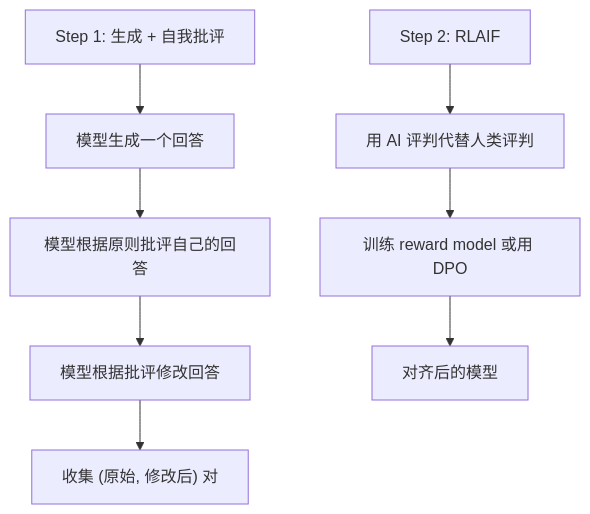
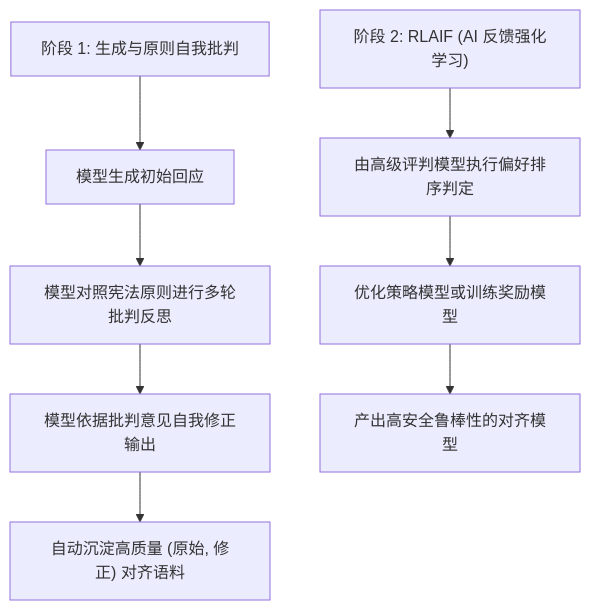
Before and after one commit to yingwang/thinking-in-llm: the third of 6 diagrams in chapters/04-alignment.md, drawn with Mermaid. The commit also changed other lines of this file and 31 other files, not shown here.

````diff
--- a/chapters/04-alignment.md
+++ b/chapters/04-alignment.md
@@ -390,11 +369,11 @@
 ```mermaid
 graph TD
-    A["Step 1: 生成 + 自我批评"] --> B["模型生成一个回答"]
-    B --> C["模型根据原则批评自己的回答"]
-    C --> D["模型根据批评修改回答"]
-    D --> E["收集 (原始, 修改后) 对"]
+    A["阶段 1: 生成与原则自我批判"] --> B["模型生成初始回应"]
+    B --> C["模型对照宪法原则进行多轮批判反思"]
+    C --> D["模型依据批判意见自我修正输出"]
+    D --> E["自动沉淀高质量 (原始, 修正) 对齐语料"]
     
-    F["Step 2: RLAIF"] --> G["用 AI 评判代替人类评判"]
-    G --> H["训练 reward model 或用 DPO"]
-    H --> I["对齐后的模型"]
+    F["阶段 2: RLAIF (AI 反馈强化学习)"] --> G["由高级评判模型执行偏好排序判定"]
+    G --> H["优化策略模型或训练奖励模型"]
+    H --> I["产出高安全鲁棒性的对齐模型"]
 ```
````
